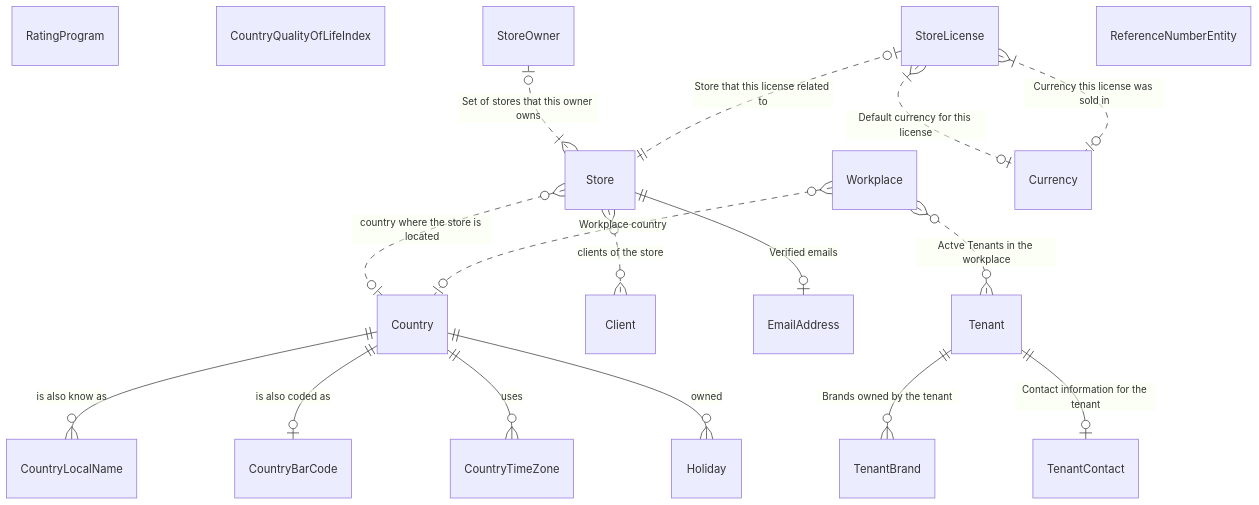
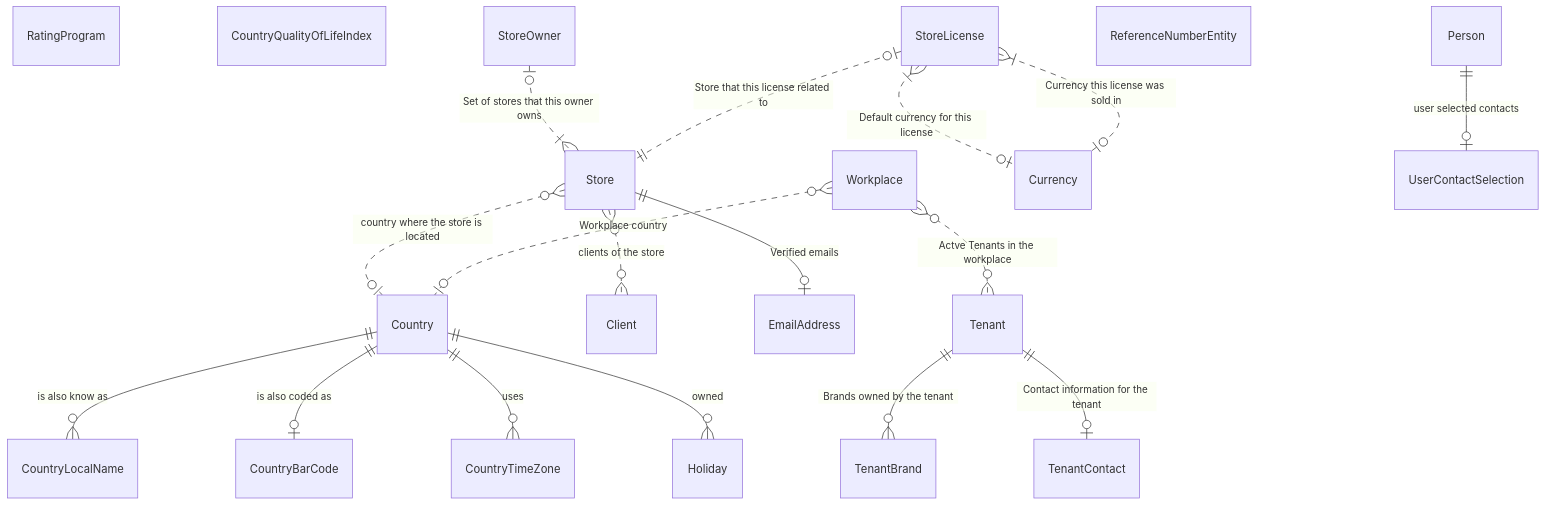
The diagram in tests/Nox.ClientApi.Tests/.nox/docs/README.md (NoxOrg/Nox), drawn with Mermaid before and after one commit. The commit also changed other lines of this file and 18 other files, not shown here.

````diff
--- a/tests/Nox.ClientApi.Tests/.nox/docs/README.md
+++ b/tests/Nox.ClientApi.Tests/.nox/docs/README.md
@@ -11,55 +11,60 @@
 ``` mermaid
 erDiagram
     Country {
     }
     Country||--o{CountryLocalName : "is also know as"
     Country||--o|CountryBarCode : "is also coded as"
     Country||--o{CountryTimeZone : "uses"
     Country||--o{Holiday : "owned"
     CountryLocalName {
     }
     CountryBarCode {
     }
     RatingProgram {
     }
     CountryQualityOfLifeIndex {
     }
     Store {
     }
     Store}o..o|Country : "country where the store is located"
     Store}o..o{Client : "clients of the store"
     Store||--o|EmailAddress : "Verified emails"
     Workplace {
     }
     Workplace}o..o|Country : "Workplace country"
     Workplace}o..o{Tenant : "Actve Tenants in the workplace"
     StoreOwner {
     }
     StoreOwner|o..|{Store : "Set of stores that this owner owns"
     StoreLicense {
     }
     StoreLicense|o..||Store : "Store that this license related to"
     StoreLicense}|..o|Currency : "Default currency for this license"
     StoreLicense}|..o|Currency : "Currency this license was sold in"
     Currency {
     }
     Tenant {
     }
     Tenant||--o{TenantBrand : "Brands owned by the tenant"
     Tenant||--o|TenantContact : "Contact information for the tenant"
     TenantBrand {
     }
     TenantContact {
     }
     CountryTimeZone {
     }
     Client {
     }
     Holiday {
     }
     ReferenceNumberEntity {
     }
+    Person {
+    }
+    Person||--o|UserContactSelection : "user selected contacts"
+    UserContactSelection {
+    }
     EmailAddress {
     }
 
 ```
````
